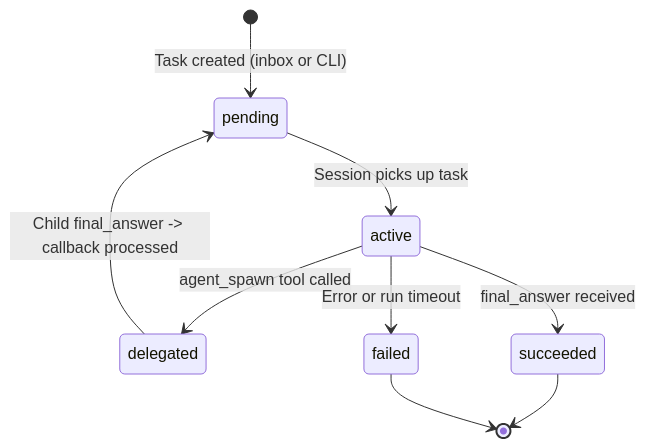
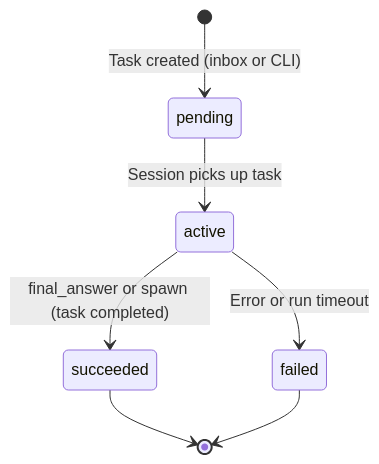
Before and after one commit to tinoosan/agen8: the second of 3 diagrams in workbench-core/docs/architecture/system-overview.md, drawn with Mermaid. The commit also changed other lines of this file and 8 other files, not shown here.

Commit message:
refactor: Simplify agent coordination by removing delegation state and enhancing callback processing, allowing immediate task completion upon summarization. Update documentation to reflect changes in task lifecycle and coordination principles.

````diff
--- a/workbench-core/docs/architecture/system-overview.md
+++ b/workbench-core/docs/architecture/system-overview.md
@@ -46,11 +46,9 @@
 ```mermaid
 stateDiagram-v2
     [*] --> pending: Task created (inbox or CLI)
     pending --> active: Session picks up task
-    active --> delegated: agent_spawn tool called
-    delegated --> pending: Child final_answer -> callback processed
-    active --> succeeded: final_answer received
+    active --> succeeded: final_answer or spawn (task completed)
     active --> failed: Error or run timeout
     succeeded --> [*]
     failed --> [*]
 ```
````
